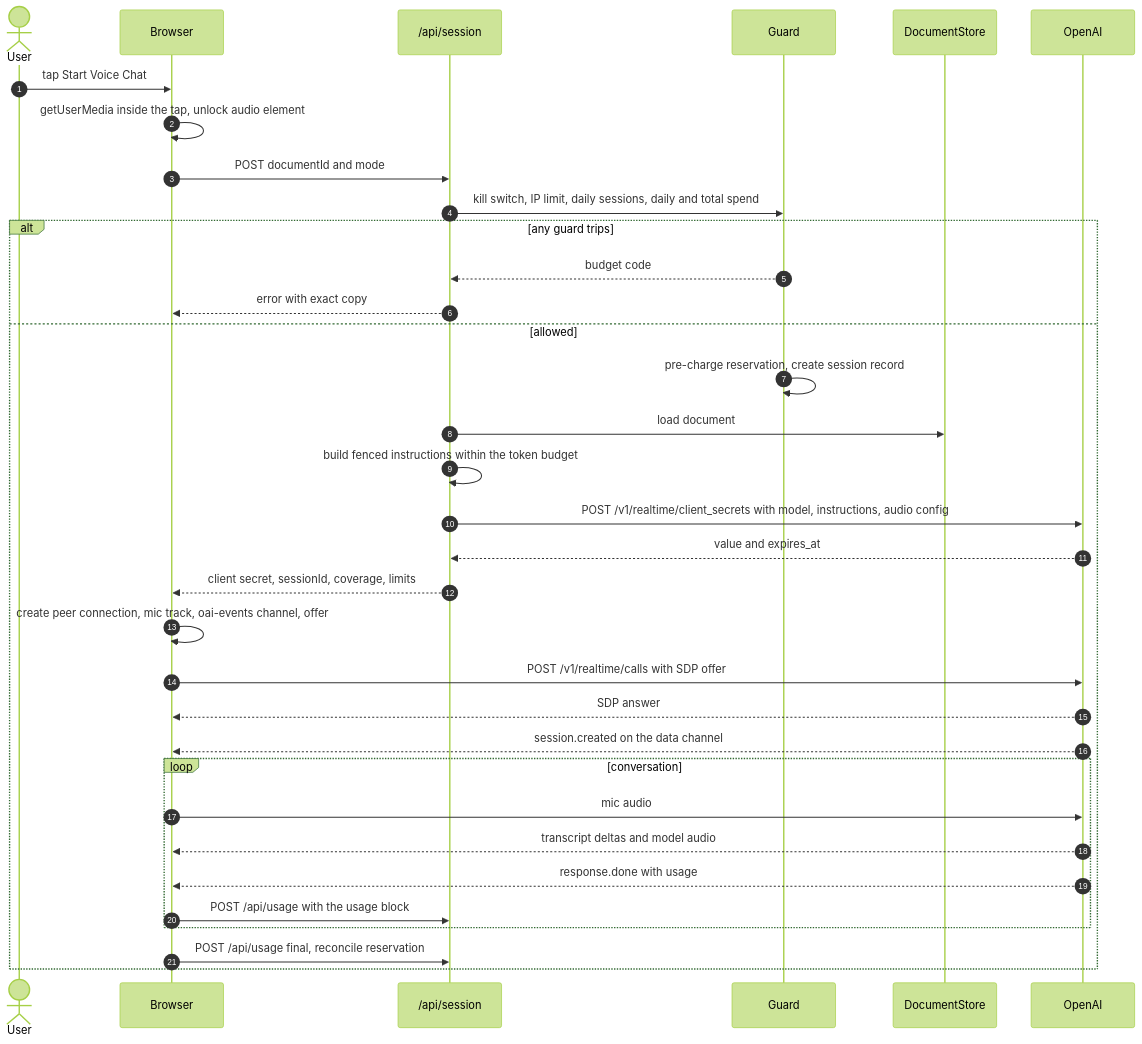
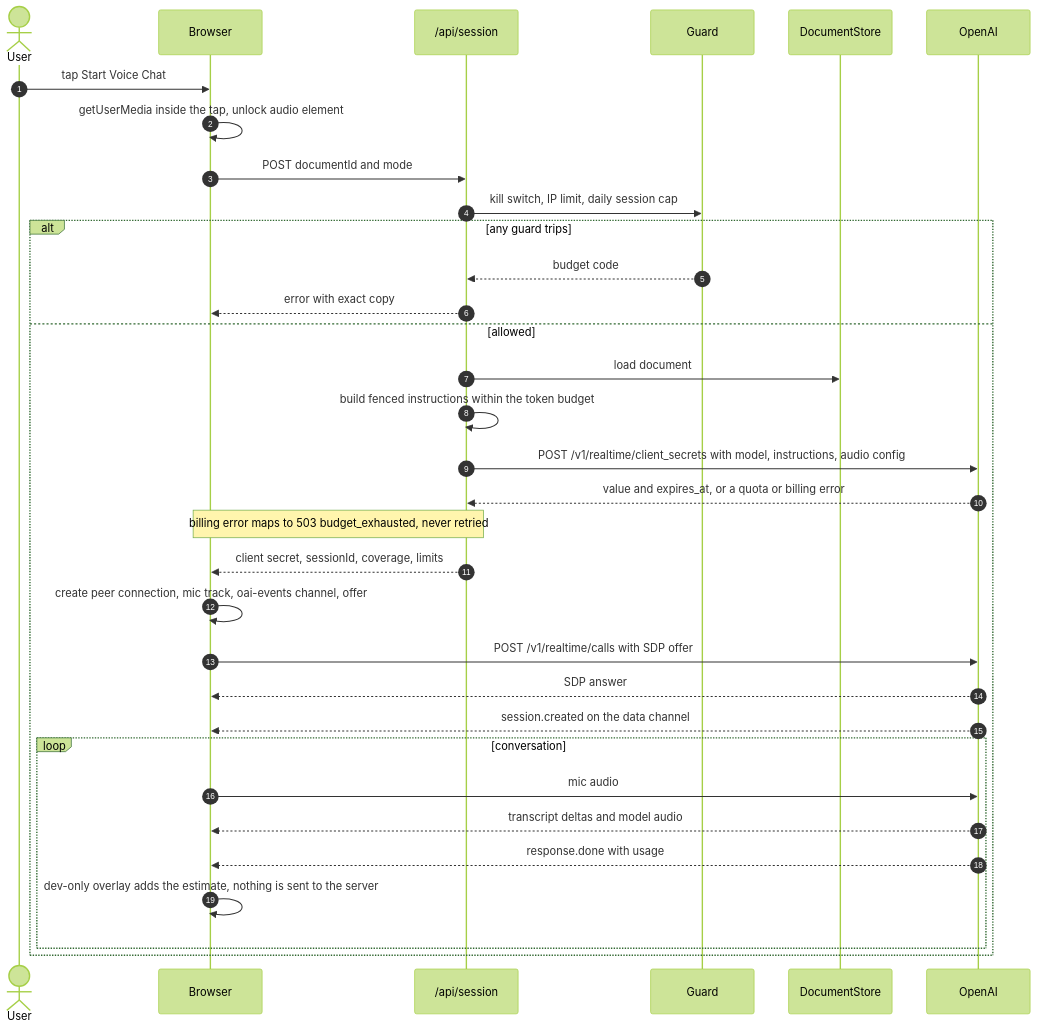
The third of 5 diagrams in docs/ARCHITECTURE.md (Otm02/talk-to-doc), drawn with Mermaid (forest theme) before and after one commit. The commit also changed other lines of this file and 14 other files, not shown here.

Commit message:
chore(budget): rely on OpenAI's hard limit, drop UsageLedger, fold M12 into M3 (#16)

````diff
--- a/docs/ARCHITECTURE.md
+++ b/docs/ARCHITECTURE.md
@@ -222,36 +217,35 @@
 ```mermaid
 sequenceDiagram
     autonumber
     actor U as User
     participant B as Browser
     participant SE as /api/session
     participant G as Guard
     participant DS as DocumentStore
     participant OA as OpenAI
     U->>B: tap Start Voice Chat
     B->>B: getUserMedia inside the tap, unlock audio element
     B->>SE: POST documentId and mode
-    SE->>G: kill switch, IP limit, daily sessions, daily and total spend
+    SE->>G: kill switch, IP limit, daily session cap
     alt any guard trips
         G-->>SE: budget code
         SE-->>B: error with exact copy
     else allowed
-        G->>G: pre-charge reservation, create session record
         SE->>DS: load document
         SE->>SE: build fenced instructions within the token budget
         SE->>OA: POST /v1/realtime/client_secrets with model, instructions, audio config
-        OA-->>SE: value and expires_at
+        OA-->>SE: value and expires_at, or a quota or billing error
+        Note over SE,B: billing error maps to 503 budget_exhausted, never retried
         SE-->>B: client secret, sessionId, coverage, limits
         B->>B: create peer connection, mic track, oai-events channel, offer
         B->>OA: POST /v1/realtime/calls with SDP offer
         OA-->>B: SDP answer
         OA-->>B: session.created on the data channel
         loop conversation
             B->>OA: mic audio
             OA-->>B: transcript deltas and model audio
             OA-->>B: response.done with usage
-            B->>SE: POST /api/usage with the usage block
+            B->>B: dev-only overlay adds the estimate, nothing is sent to the server
         end
-        B->>SE: POST /api/usage final, reconcile reservation
     end
 ```
````
